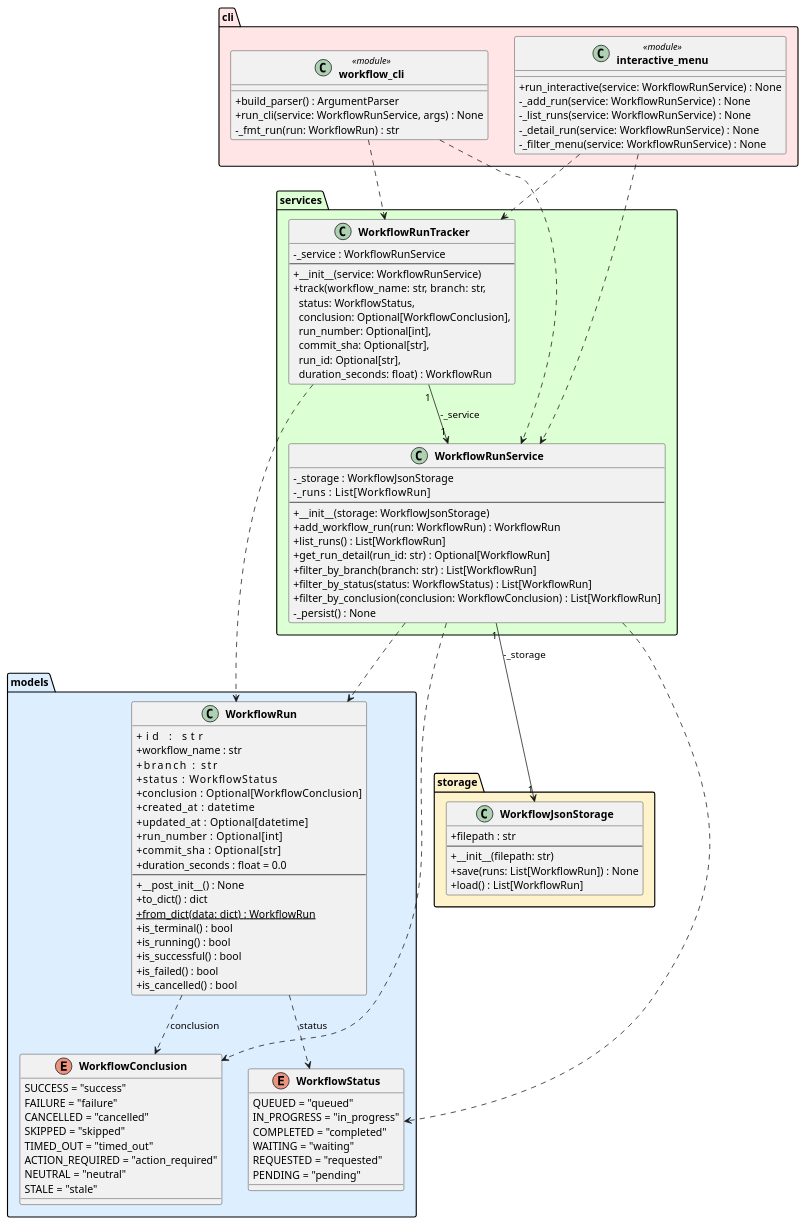
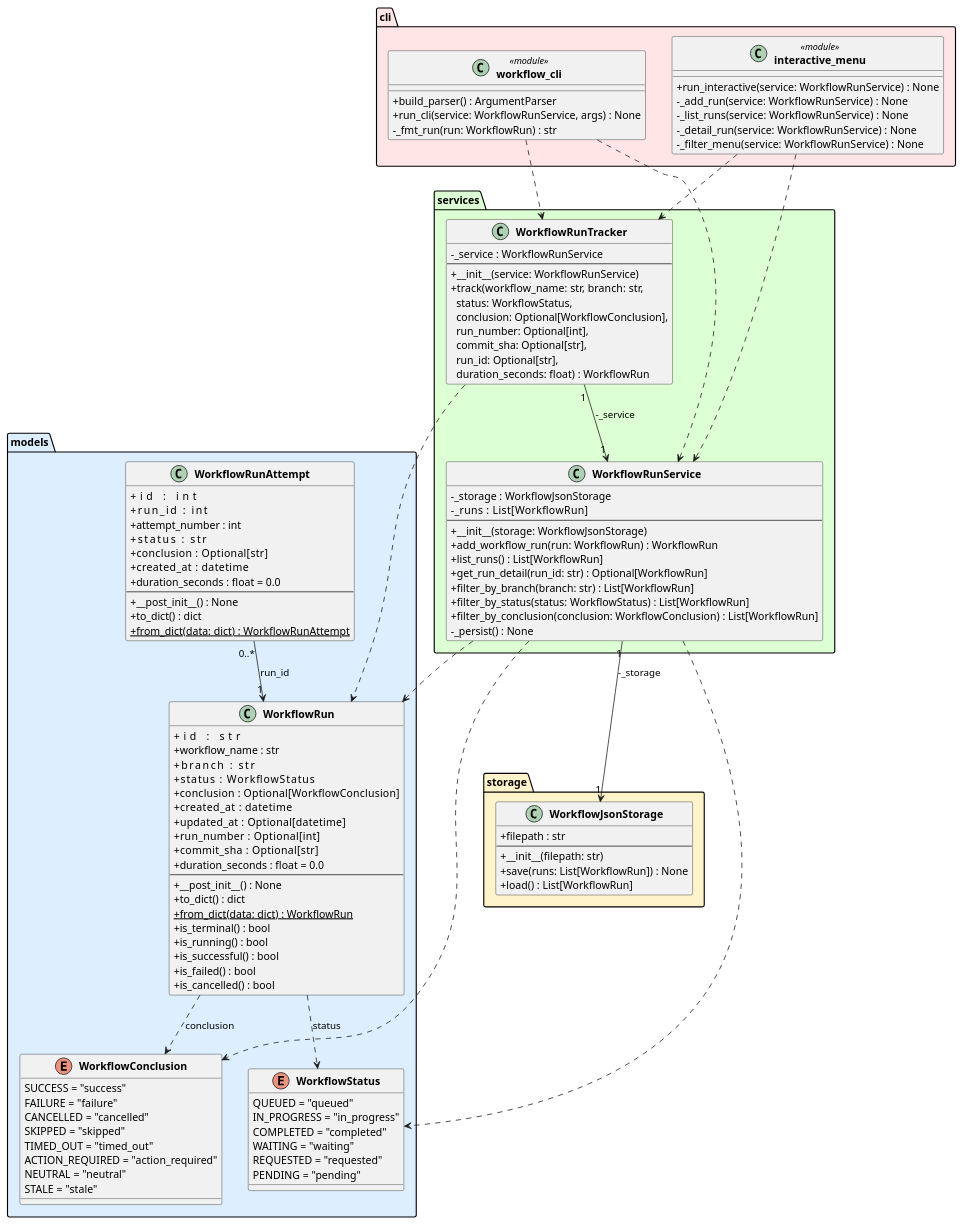
One commit to DanielRiha8906/Software_autoevolution_using_agents changed the diagram in experiments/pipeline/user_stories/github-workflow-manager/artifacts/class_diagram.puml. Above: the diagram before and after it, drawn with PlantUML. The commit also changed 5 other files, not shown here.

```diff
--- a/experiments/pipeline/user_stories/github-workflow-manager/artifacts/class_diagram.puml
+++ b/experiments/pipeline/user_stories/github-workflow-manager/artifacts/class_diagram.puml
@@ -1,112 +1,127 @@
 @startuml class_diagram
 
 skinparam classAttributeIconSize 0
 skinparam classFontStyle bold
 
 package "models" #DDEEFF {
     enum WorkflowStatus {
         QUEUED = "queued"
         IN_PROGRESS = "in_progress"
         COMPLETED = "completed"
         WAITING = "waiting"
         REQUESTED = "requested"
         PENDING = "pending"
     }
 
     enum WorkflowConclusion {
         SUCCESS = "success"
         FAILURE = "failure"
         CANCELLED = "cancelled"
         SKIPPED = "skipped"
         TIMED_OUT = "timed_out"
         ACTION_REQUIRED = "action_required"
         NEUTRAL = "neutral"
         STALE = "stale"
     }
 
     class WorkflowRun {
         +id            : str
         +workflow_name : str
         +branch        : str
         +status        : WorkflowStatus
         +conclusion    : Optional[WorkflowConclusion]
         +created_at    : datetime
         +updated_at    : Optional[datetime]
         +run_number    : Optional[int]
         +commit_sha    : Optional[str]
         +duration_seconds : float = 0.0
         --
         +__post_init__() : None
         +to_dict() : dict
         +{static} from_dict(data: dict) : WorkflowRun
         +is_terminal() : bool
         +is_running() : bool
         +is_successful() : bool
         +is_failed() : bool
         +is_cancelled() : bool
+    }
+
+    class WorkflowRunAttempt {
+        +id            : int
+        +run_id        : int
+        +attempt_number : int
+        +status        : str
+        +conclusion    : Optional[str]
+        +created_at    : datetime
+        +duration_seconds : float = 0.0
+        --
+        +__post_init__() : None
+        +to_dict() : dict
+        +{static} from_dict(data: dict) : WorkflowRunAttempt
     }
 }
 
 package "storage" #FFF3CC {
     class WorkflowJsonStorage {
         +filepath : str
         --
         +__init__(filepath: str)
         +save(runs: List[WorkflowRun]) : None
         +load() : List[WorkflowRun]
     }
 }
 
 package "services" #DDFFD4 {
     class WorkflowRunService {
         -_storage : WorkflowJsonStorage
         -_runs    : List[WorkflowRun]
         --
         +__init__(storage: WorkflowJsonStorage)
         +add_workflow_run(run: WorkflowRun) : WorkflowRun
         +list_runs() : List[WorkflowRun]
         +get_run_detail(run_id: str) : Optional[WorkflowRun]
         +filter_by_branch(branch: str) : List[WorkflowRun]
         +filter_by_status(status: WorkflowStatus) : List[WorkflowRun]
         +filter_by_conclusion(conclusion: WorkflowConclusion) : List[WorkflowRun]
         -_persist() : None
     }
 
     class WorkflowRunTracker {
         -_service : WorkflowRunService
         --
         +__init__(service: WorkflowRunService)
         +track(workflow_name: str, branch: str,\n  status: WorkflowStatus,\n  conclusion: Optional[WorkflowConclusion],\n  run_number: Optional[int],\n  commit_sha: Optional[str],\n  run_id: Optional[str],\n  duration_seconds: float) : WorkflowRun
     }
 }
 
 package "cli" #FFE5E5 {
     class "workflow_cli" <<module>> {
         +build_parser() : ArgumentParser
         +run_cli(service: WorkflowRunService, args) : None
         -_fmt_run(run: WorkflowRun) : str
     }
 
     class "interactive_menu" <<module>> {
         +run_interactive(service: WorkflowRunService) : None
         -_add_run(service: WorkflowRunService) : None
         -_list_runs(service: WorkflowRunService) : None
         -_detail_run(service: WorkflowRunService) : None
         -_filter_menu(service: WorkflowRunService) : None
     }
 }
 
 WorkflowRun                ..>  WorkflowStatus        : status
 WorkflowRun                ..>  WorkflowConclusion    : conclusion
+WorkflowRunAttempt    "0..*" --> "1" WorkflowRun       : run_id
 WorkflowRunService    "1" --> "1" WorkflowJsonStorage : -_storage
 WorkflowRunService         ..>  WorkflowRun
 WorkflowRunService         ..>  WorkflowStatus
 WorkflowRunService         ..>  WorkflowConclusion
 WorkflowRunTracker    "1" --> "1" WorkflowRunService  : -_service
 WorkflowRunTracker         ..>  WorkflowRun
 "workflow_cli"             ..>  WorkflowRunService
 "workflow_cli"             ..>  WorkflowRunTracker
 "interactive_menu"         ..>  WorkflowRunService
 "interactive_menu"         ..>  WorkflowRunTracker
 
 @enduml
```
